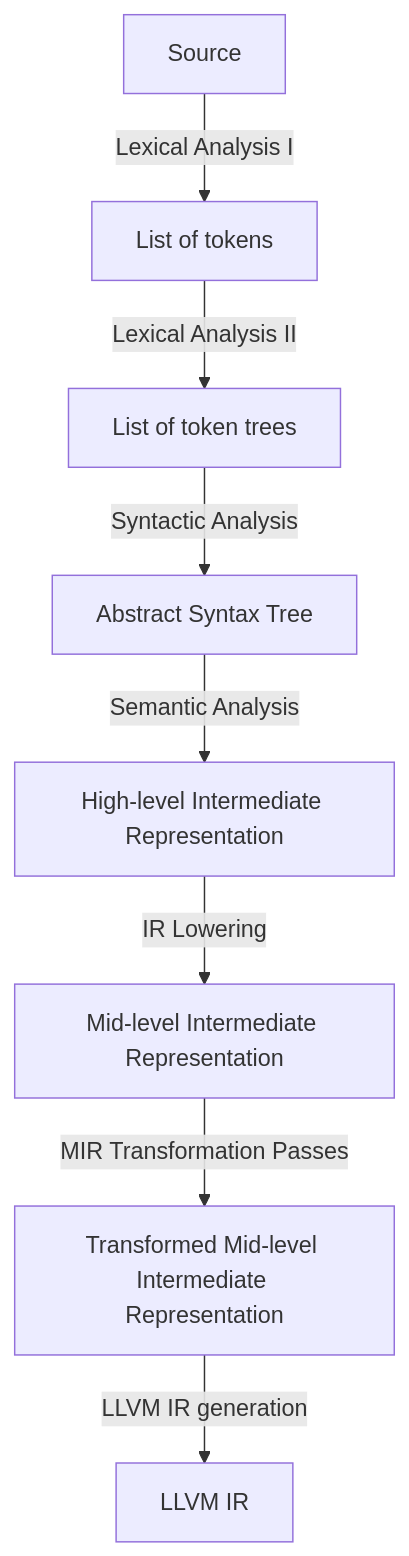
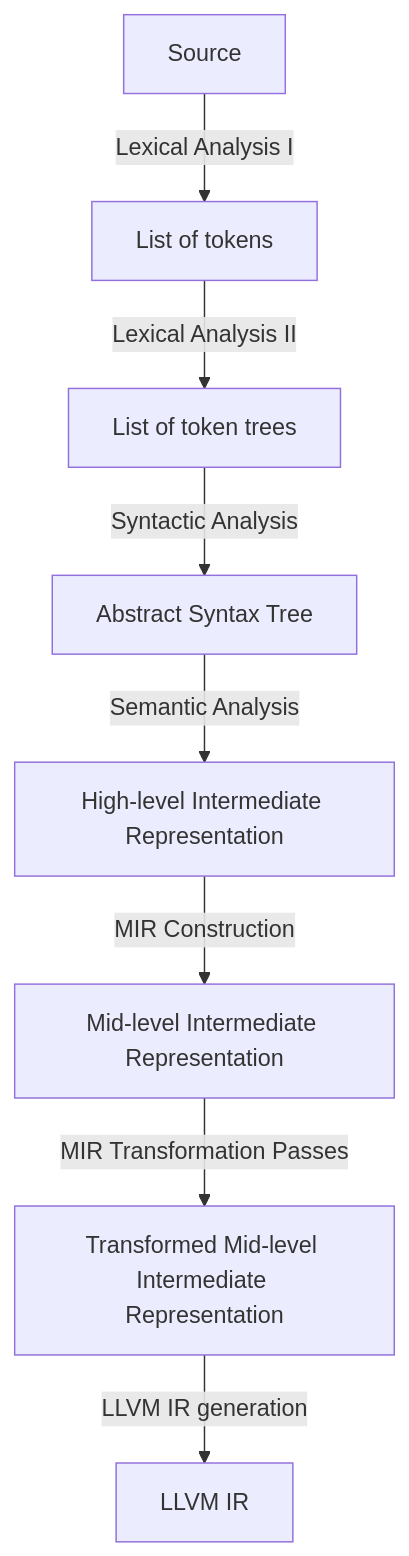
One commit to simontran7/crawfish changed the diagram in docs/ARCHITECTURE.md. Above: the diagram before and after it, drawn with Mermaid. The commit also changed other lines of this file and 37 other files, not shown here.

````diff
--- a/docs/ARCHITECTURE.md
+++ b/docs/ARCHITECTURE.md
@@ -5,10 +5,10 @@
 ```mermaid
 flowchart TD
   A[Source] -->|Lexical Analysis I| B[List of tokens]
   B -->|Lexical Analysis II| C[List of token trees]
   C -->|Syntactic Analysis| D[Abstract Syntax Tree]
   D -->|Semantic Analysis| E[High-level Intermediate Representation]
-  E -->|IR Lowering| F[Mid-level Intermediate Representation]
+  E -->|MIR Construction| F[Mid-level Intermediate Representation]
   F -->|MIR Transformation Passes| G[Transformed Mid-level Intermediate Representation]
   G -->|LLVM IR generation| H[LLVM IR]
 ```
````
